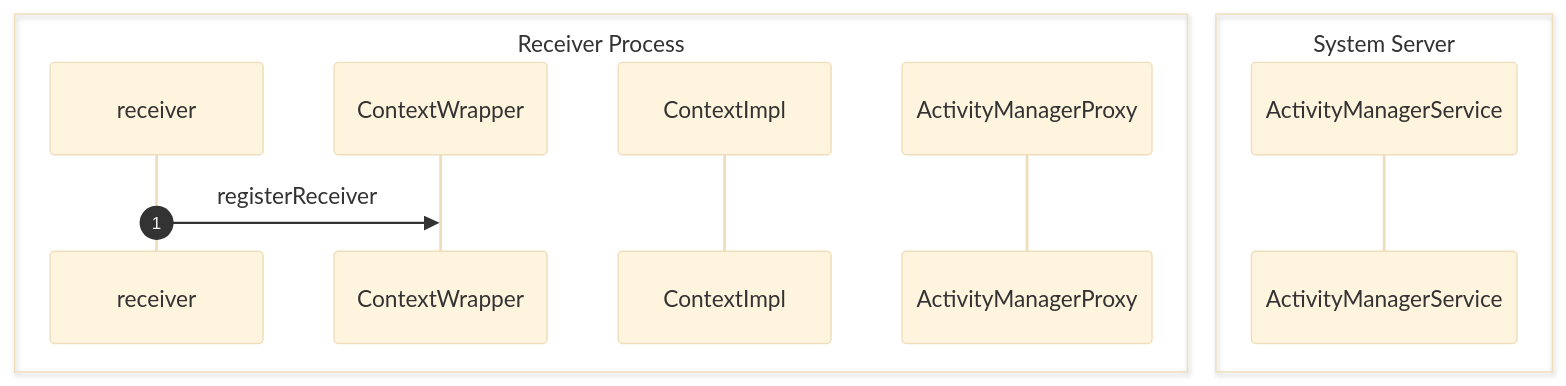
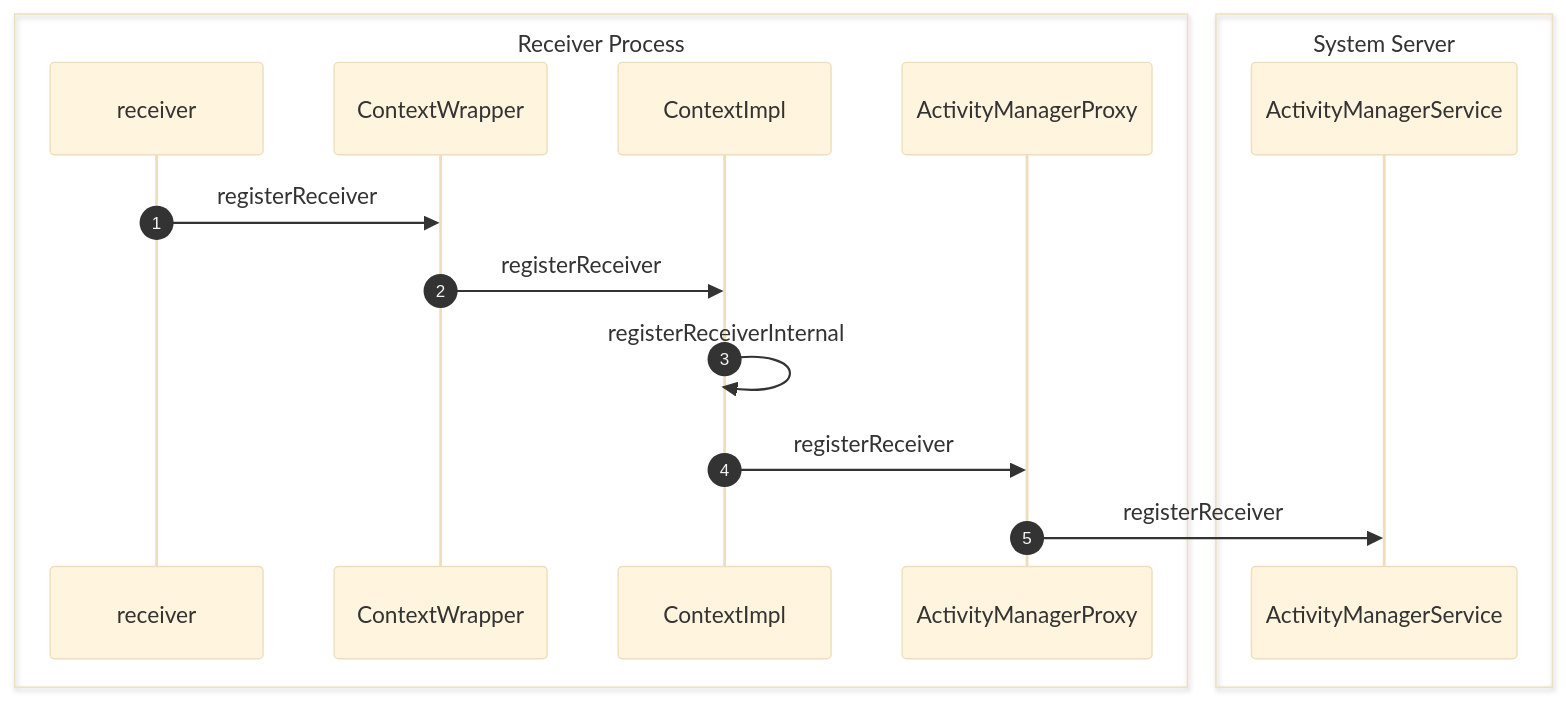
Before and after one commit to braisedp/braisedp.github.io: the diagram in _posts/2025-6-27-broadcast_receiver.md, drawn with Mermaid (base theme). The commit also changed other lines of this file, not shown here.

````diff
--- a/_posts/2025-6-27-broadcast_receiver.md
+++ b/_posts/2025-6-27-broadcast_receiver.md
@@ -21,17 +21,21 @@
 ```mermaid
 sequenceDiagram
 autoNumber
 
 box Receiver Process
     participant receiver
     participant ContextWrapper
     participant ContextImpl
     participant ActivityManagerProxy
 end
 
 box System Server
     participant ActivityManagerService
 end
 
 receiver ->> ContextWrapper: registerReceiver
+ContextWrapper ->> ContextImpl: registerReceiver
+ContextImpl ->> ContextImpl : registerReceiverInternal
+ContextImpl ->> ActivityManagerProxy: registerReceiver
+ActivityManagerProxy ->> ActivityManagerService: registerReceiver
 ```
````
